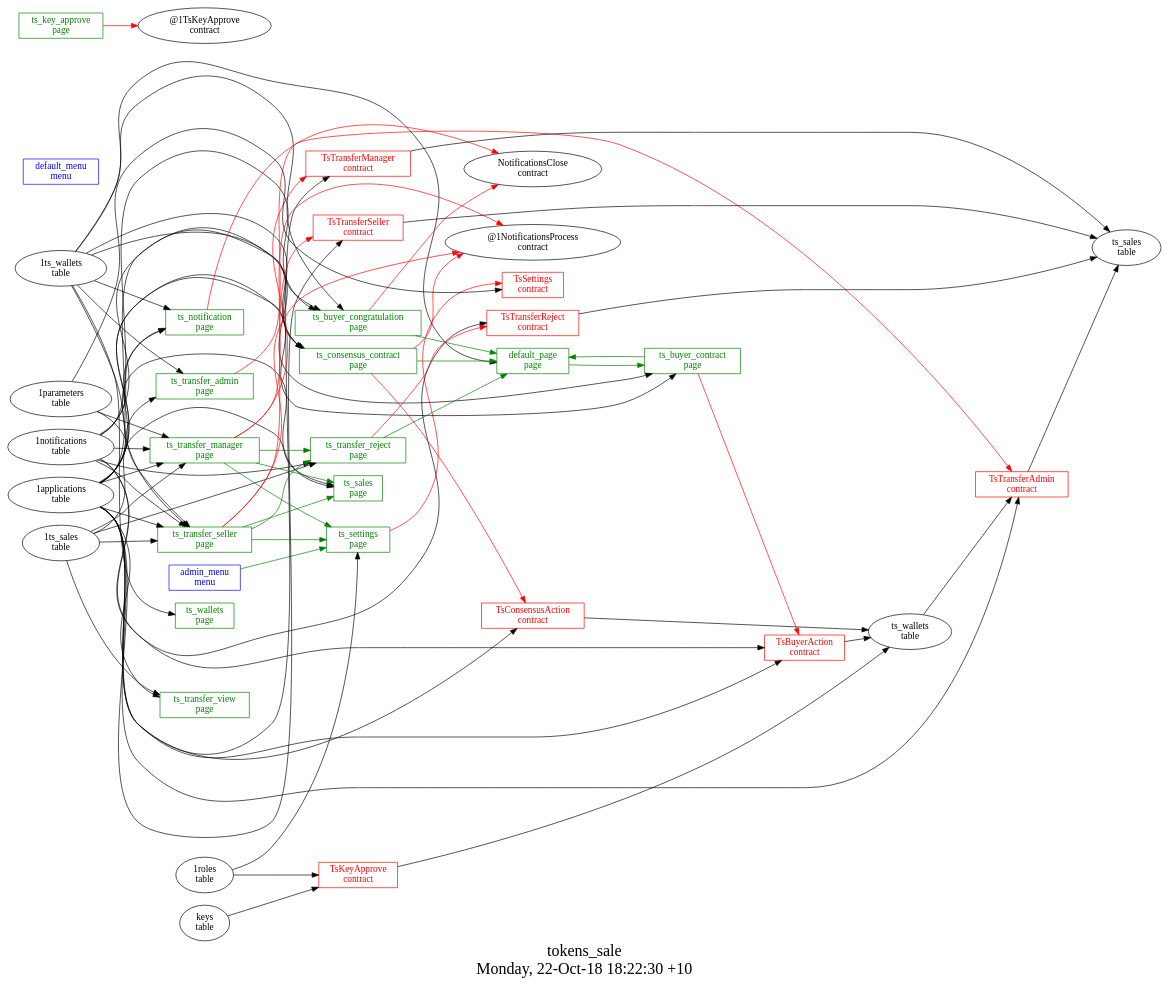
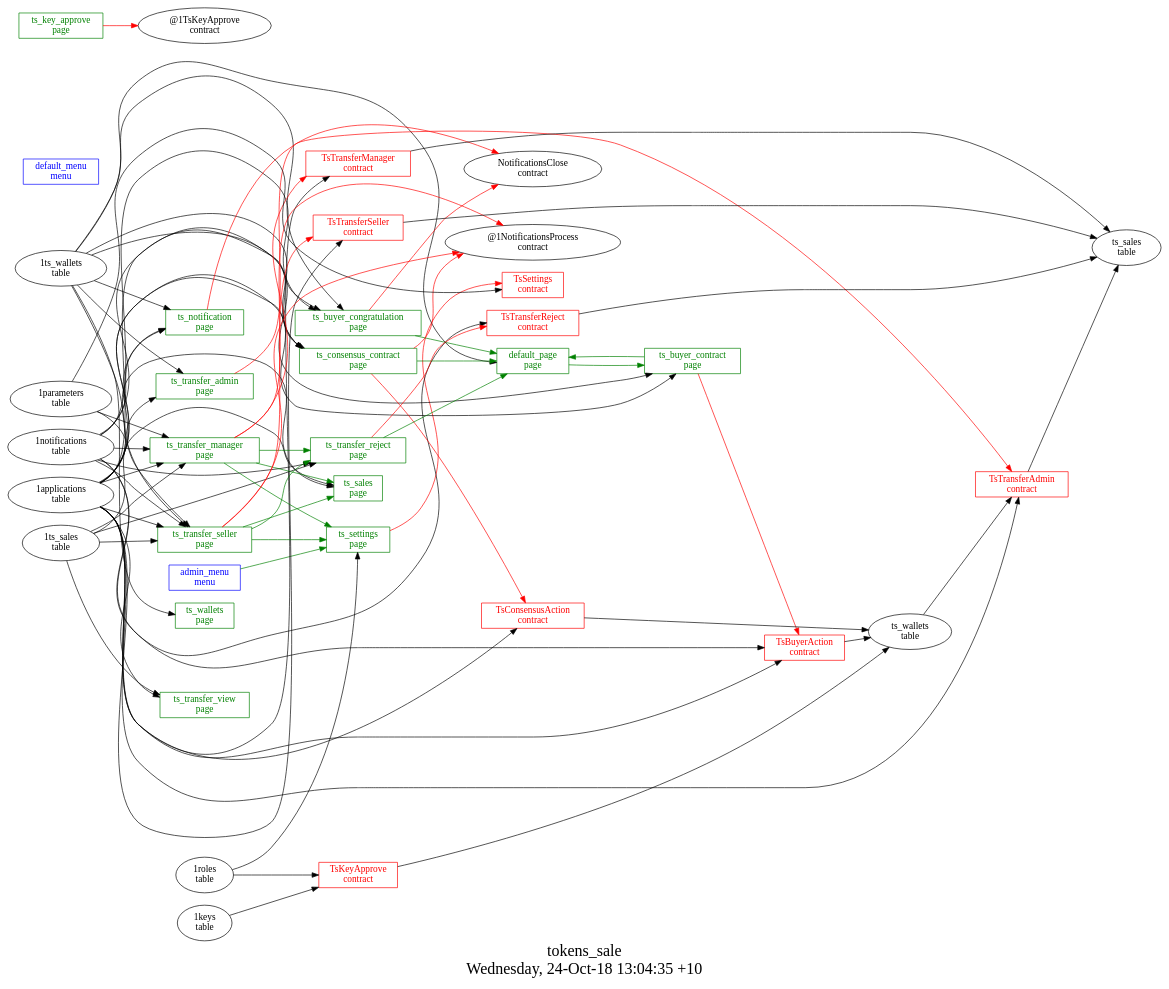
The diagram in other/tokens_sale/struct.dot (AplaProject/apps), drawn with Graphviz before and after one commit. The commit also changed 14 other files, not shown here.

```diff
--- a/other/tokens_sale/struct.dot
+++ b/other/tokens_sale/struct.dot
@@ -1,108 +1,108 @@
 digraph G {
 fontsize="24";
-label="tokens_sale\nMonday, 22-Oct-18 18:22:30 +10";
+label="tokens_sale\nWednesday, 24-Oct-18 13:04:35 +10";
 nojustify=true;
 ordering=out;
 rankdir=LR;
 size="30";
 "admin_menu\nmenu" -> "ts_settings\npage"  [ color=green ]
 "admin_menu\nmenu" [color=blue, fontcolor=blue, group=menus, shape=record];
 "default_menu\nmenu" [color=blue, fontcolor=blue, group=menus, shape=record];
 "1ts_wallets\ntable" -> "default_page\npage"
 "default_page\npage" -> "ts_buyer_contract\npage"  [ color=green ]
 "default_page\npage" [color=green, fontcolor=green, group=pages, shape=record];
 "ts_buyer_congratulation\npage" -> "NotificationsClose\ncontract"  [ color=red ]
 "1applications\ntable" -> "ts_buyer_congratulation\npage"
 "1notifications\ntable" -> "ts_buyer_congratulation\npage"
 "1ts_wallets\ntable" -> "ts_buyer_congratulation\npage"
 "ts_buyer_congratulation\npage" -> "default_page\npage"  [ color=green ]
 "ts_buyer_congratulation\npage" [color=green, fontcolor=green, group=pages, shape=record];
 "ts_buyer_contract\npage" -> "TsBuyerAction\ncontract"  [ color=red ]
 "1applications\ntable" -> "ts_buyer_contract\npage"
 "1ts_wallets\ntable" -> "ts_buyer_contract\npage"
 "ts_buyer_contract\npage" -> "default_page\npage"  [ color=green ]
 "ts_buyer_contract\npage" [color=green, fontcolor=green, group=pages, shape=record];
 "ts_consensus_contract\npage" -> "TsConsensusAction\ncontract"  [ color=red ]
 "ts_consensus_contract\npage" -> "@1NotificationsProcess\ncontract"  [ color=red ]
 "1applications\ntable" -> "ts_consensus_contract\npage"
 "1notifications\ntable" -> "ts_consensus_contract\npage"
 "1ts_wallets\ntable" -> "ts_consensus_contract\npage"
 "ts_consensus_contract\npage" -> "default_page\npage"  [ color=green ]
 "ts_consensus_contract\npage" [color=green, fontcolor=green, group=pages, shape=record];
 "ts_key_approve\npage" -> "@1TsKeyApprove\ncontract"  [ color=red ]
 "ts_key_approve\npage" [color=green, fontcolor=green, group=pages, shape=record];
 "ts_notification\npage" -> "NotificationsClose\ncontract"  [ color=red ]
 "1applications\ntable" -> "ts_notification\npage"
 "1notifications\ntable" -> "ts_notification\npage"
 "1ts_wallets\ntable" -> "ts_notification\npage"
 "ts_notification\npage" [color=green, fontcolor=green, group=pages, shape=record];
 "1applications\ntable" -> "ts_sales\npage"
 "1ts_sales\ntable" -> "ts_sales\npage"
 "ts_sales\npage" [color=green, fontcolor=green, group=pages, shape=record];
 "ts_settings\npage" -> "TsSettings\ncontract"  [ color=red ]
 "1roles\ntable" -> "ts_settings\npage"
 "ts_settings\npage" [color=green, fontcolor=green, group=pages, shape=record];
 "ts_transfer_admin\npage" -> "TsTransferAdmin\ncontract"  [ color=red ]
 "1applications\ntable" -> "ts_transfer_admin\npage"
 "1ts_wallets\ntable" -> "ts_transfer_admin\npage"
 "ts_transfer_admin\npage" [color=green, fontcolor=green, group=pages, shape=record];
 "ts_transfer_manager\npage" -> "TsTransferManager\ncontract"  [ color=red ]
 "ts_transfer_manager\npage" -> "@1NotificationsProcess\ncontract"  [ color=red ]
 "1applications\ntable" -> "ts_transfer_manager\npage"
 "1notifications\ntable" -> "ts_transfer_manager\npage"
 "1ts_sales\ntable" -> "ts_transfer_manager\npage"
 "1parameters\ntable" -> "ts_transfer_manager\npage"
 "ts_transfer_manager\npage" -> "ts_transfer_reject\npage"  [ color=green ]
 "ts_transfer_manager\npage" -> "ts_sales\npage"  [ color=green ]
 "ts_transfer_manager\npage" -> "ts_settings\npage"  [ color=green ]
 "ts_transfer_manager\npage" [color=green, fontcolor=green, group=pages, shape=record];
 "ts_transfer_reject\npage" -> "TsTransferReject\ncontract"  [ color=red ]
 "1notifications\ntable" -> "ts_transfer_reject\npage"
 "1ts_sales\ntable" -> "ts_transfer_reject\npage"
 "ts_transfer_reject\npage" -> "default_page\npage"  [ color=green ]
 "ts_transfer_reject\npage" [color=green, fontcolor=green, group=pages, shape=record];
 "ts_transfer_seller\npage" -> "TsTransferSeller\ncontract"  [ color=red ]
 "ts_transfer_seller\npage" -> "@1NotificationsProcess\ncontract"  [ color=red ]
 "1applications\ntable" -> "ts_transfer_seller\npage"
 "1notifications\ntable" -> "ts_transfer_seller\npage"
 "1ts_sales\ntable" -> "ts_transfer_seller\npage"
 "1ts_wallets\ntable" -> "ts_transfer_seller\npage"
 "1parameters\ntable" -> "ts_transfer_seller\npage"
 "ts_transfer_seller\npage" -> "ts_transfer_reject\npage"  [ color=green ]
 "ts_transfer_seller\npage" -> "ts_sales\npage"  [ color=green ]
 "ts_transfer_seller\npage" -> "ts_settings\npage"  [ color=green ]
 "ts_transfer_seller\npage" [color=green, fontcolor=green, group=pages, shape=record];
 "1applications\ntable" -> "ts_transfer_view\npage"
 "1ts_sales\ntable" -> "ts_transfer_view\npage"
 "ts_transfer_view\npage" [color=green, fontcolor=green, group=pages, shape=record];
 "1ts_wallets\ntable" -> "ts_wallets\npage"
 "ts_wallets\npage" [color=green, fontcolor=green, group=pages, shape=record];
 "TsBuyerAction\ncontract" -> "ts_wallets\ntable"  [ color="" ]
 "1applications\ntable" -> "TsBuyerAction\ncontract"
 "1notifications\ntable" -> "TsBuyerAction\ncontract"
 "TsBuyerAction\ncontract" [color=red, fontcolor=red, group=contracts, shape=record];
 "TsConsensusAction\ncontract" -> "ts_wallets\ntable"  [ color="" ]
 "1applications\ntable" -> "TsConsensusAction\ncontract"
 "TsConsensusAction\ncontract" [color=red, fontcolor=red, group=contracts, shape=record];
 "TsKeyApprove\ncontract" -> "ts_wallets\ntable"  [ color="" ]
-"keys\ntable" -> "TsKeyApprove\ncontract"
+"1keys\ntable" -> "TsKeyApprove\ncontract"
 "1roles\ntable" -> "TsKeyApprove\ncontract"
 "TsKeyApprove\ncontract" [color=red, fontcolor=red, group=contracts, shape=record];
 "1parameters\ntable" -> "TsSettings\ncontract"
 "TsSettings\ncontract" [color=red, fontcolor=red, group=contracts, shape=record];
 "TsTransferAdmin\ncontract" -> "ts_sales\ntable"  [ color="" ]
 "1applications\ntable" -> "TsTransferAdmin\ncontract"
 "ts_wallets\ntable" -> "TsTransferAdmin\ncontract"
 "TsTransferAdmin\ncontract" [color=red, fontcolor=red, group=contracts, shape=record];
 "TsTransferManager\ncontract" -> "ts_sales\ntable"  [ color="" ]
 "1applications\ntable" -> "TsTransferManager\ncontract"
 "TsTransferManager\ncontract" [color=red, fontcolor=red, group=contracts, shape=record];
 "TsTransferReject\ncontract" -> "ts_sales\ntable"  [ color="" ]
 "1notifications\ntable" -> "TsTransferReject\ncontract"
 "TsTransferReject\ncontract" [color=red, fontcolor=red, group=contracts, shape=record];
 "TsTransferSeller\ncontract" -> "ts_sales\ntable"  [ color="" ]
 "1applications\ntable" -> "TsTransferSeller\ncontract"
 "TsTransferSeller\ncontract" [color=red, fontcolor=red, group=contracts, shape=record];
 "ts_sales\ntable" [color="", fontcolor="", group=tables, shape=""];
 "ts_wallets\ntable" [color="", fontcolor="", group=tables, shape=""];
 }
```
